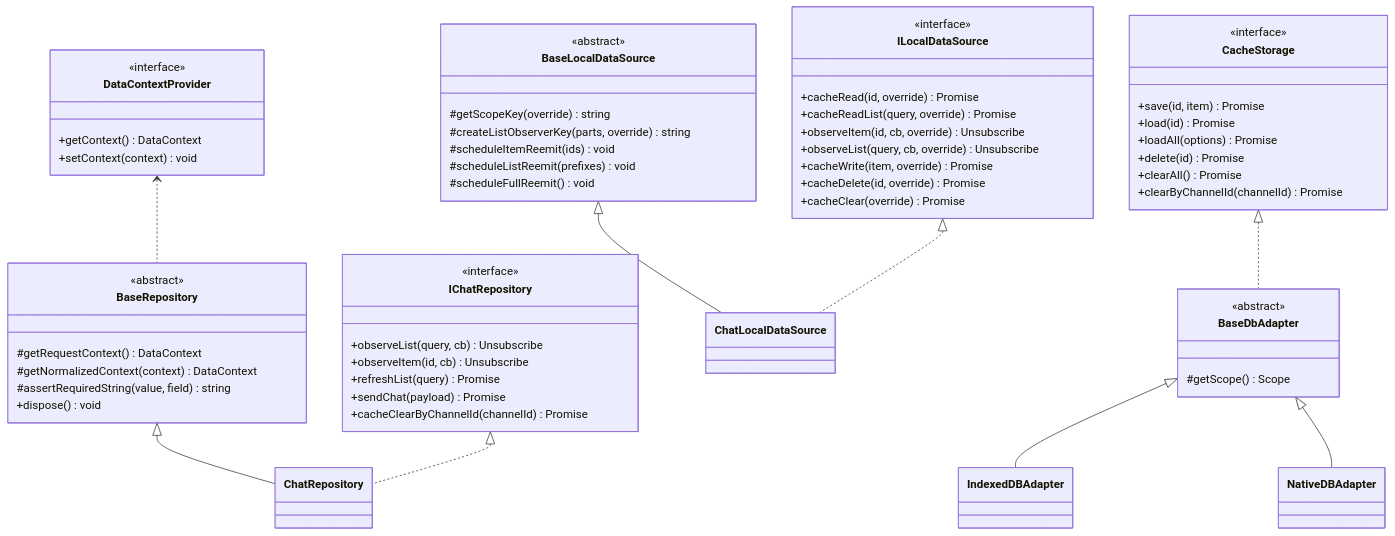
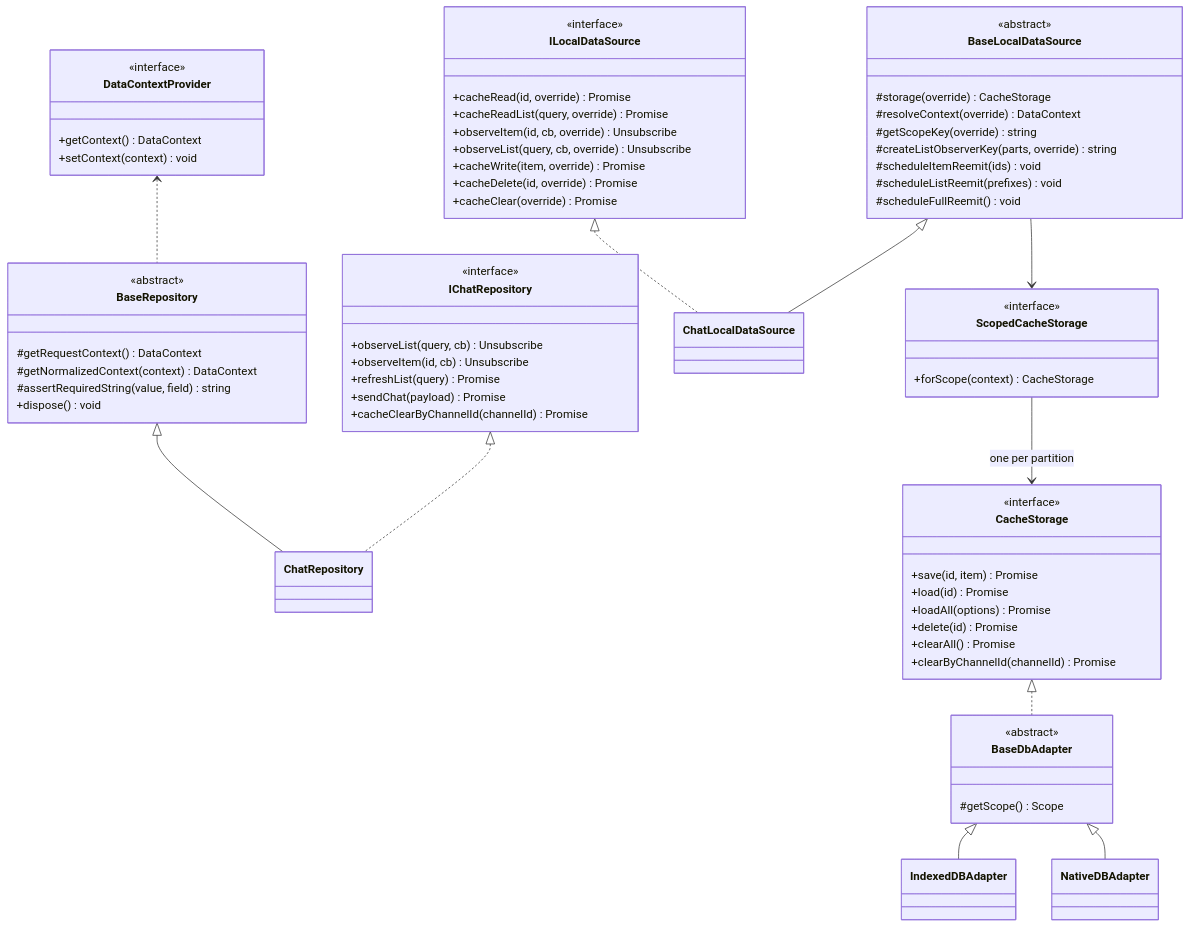
Before and after one commit to lemoncloud-io/dou-app: the diagram in libs/data/docs/repositories/README.md, drawn with Mermaid. The commit also changed other lines of this file and 45 other files, not shown here.

First line of the commit message:
fix(data,app-runtime,db): write a late answer into the partition that asked for it (ADR-0112)

```diff
--- a/libs/data/docs/repositories/README.md
+++ b/libs/data/docs/repositories/README.md
@@ -100,6 +116,8 @@
 
     class BaseLocalDataSource {
         <<abstract>>
+        #storage(override) CacheStorage
+        #resolveContext(override) DataContext
         #getScopeKey(override) string
         #createListObserverKey(parts, override) string
         #scheduleItemReemit(ids) void
@@ -110,6 +128,13 @@
 
     BaseLocalDataSource <|-- ChatLocalDataSource
     ILocalDataSource <|.. ChatLocalDataSource
+
+    class ScopedCacheStorage {
+        <<interface>>
+        +forScope(context) CacheStorage
+    }
+    BaseLocalDataSource --> ScopedCacheStorage
+    ScopedCacheStorage --> CacheStorage : one per partition
 
     class CacheStorage {
         <<interface>>
```
